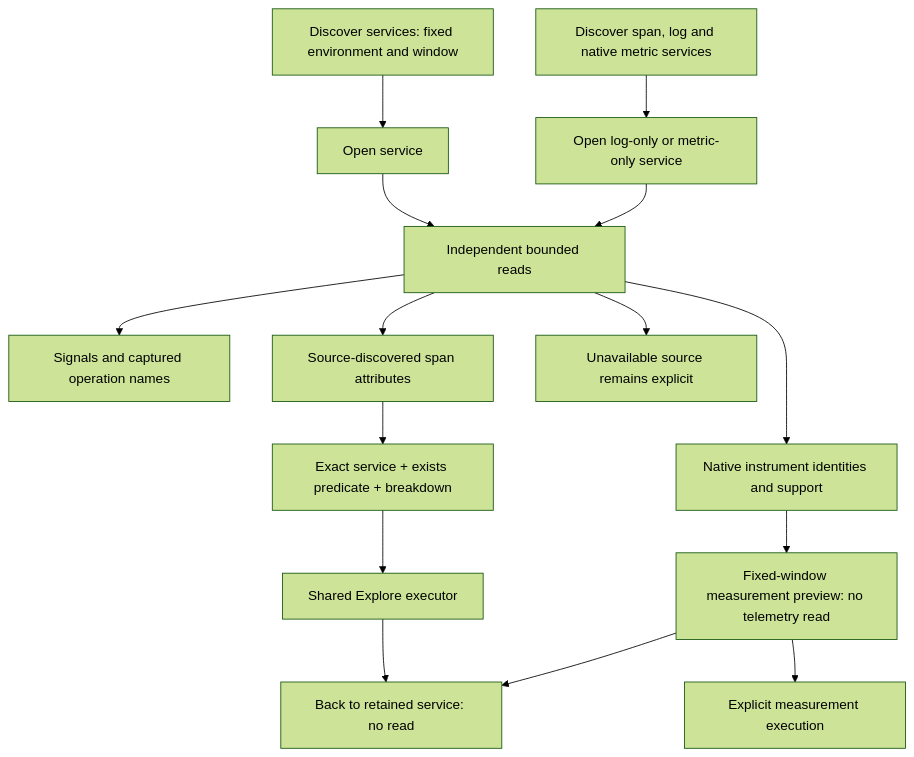
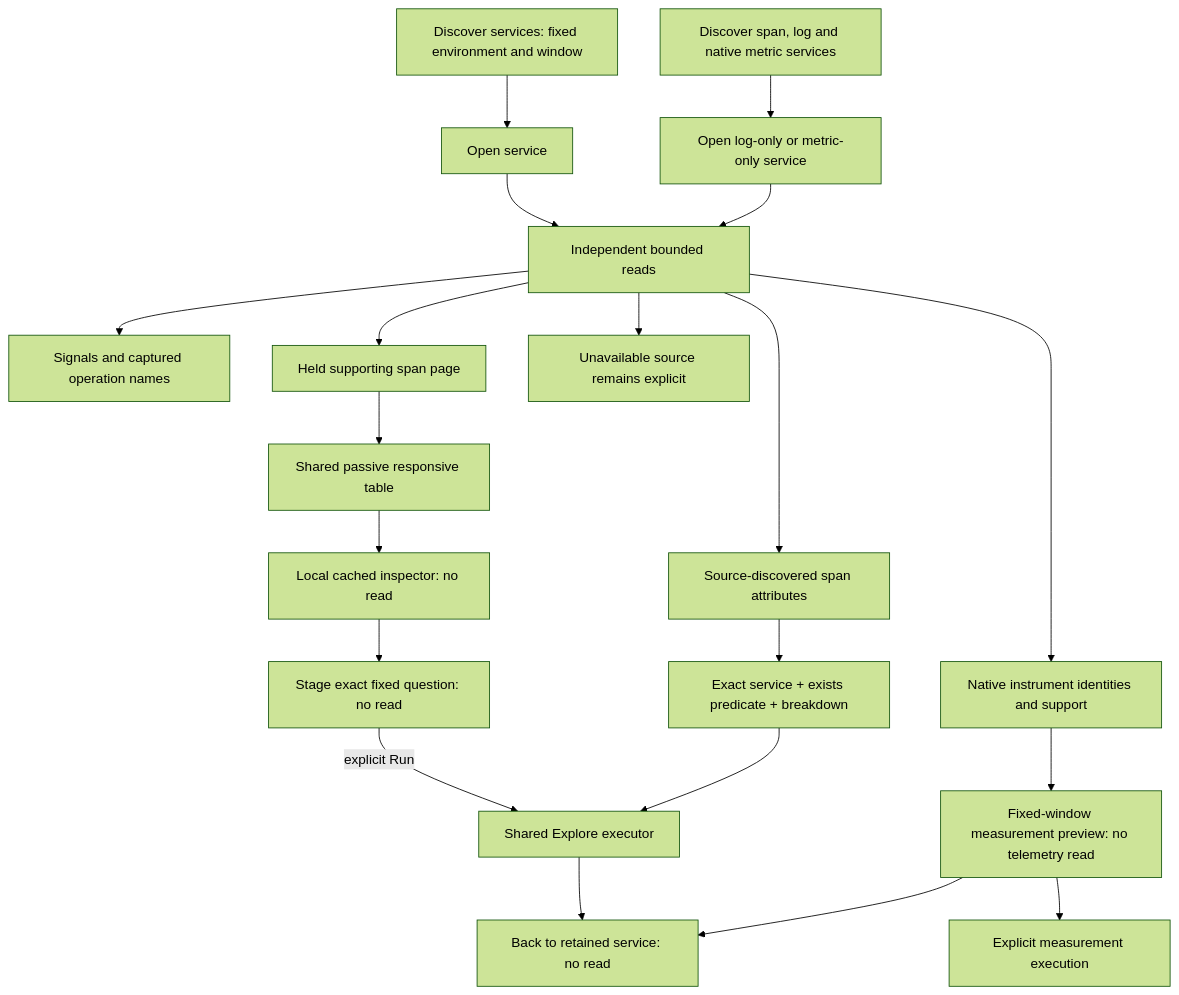
The diagram in docs/SERVICE_BROWSING.md (casselc/goo), drawn with Mermaid (forest theme) before and after one commit. The commit also changed other lines of this file and 20 other files, not shown here.

````diff
--- a/docs/SERVICE_BROWSING.md
+++ b/docs/SERVICE_BROWSING.md
@@ -69,17 +83,22 @@
 ```mermaid
 flowchart TD
   Inventory[Discover services: fixed environment and window] --> Open[Open service]
   Signals[Discover span, log and native metric services] --> LogOnly[Open log-only or metric-only service]
   Open --> Reads[Independent bounded reads]
   LogOnly --> Reads
   Reads --> Activity[Signals and captured operation names]
+  Reads --> Held[Held supporting span page]
+  Held --> Table[Shared passive responsive table]
+  Table --> Inspect[Local cached inspector: no read]
+  Inspect --> Stage[Stage exact fixed question: no read]
+  Stage -->|explicit Run| Explore
   Reads --> Fields[Source-discovered span attributes]
   Reads --> Native[Native instrument identities and support]
   Fields --> Question[Exact service + exists predicate + breakdown]
   Question --> Explore[Shared Explore executor]
   Native --> Preview[Fixed-window measurement preview: no telemetry read]
   Preview --> Run[Explicit measurement execution]
   Explore --> Back[Back to retained service: no read]
   Preview --> Back
   Reads --> Partial[Unavailable source remains explicit]
 ```
````
